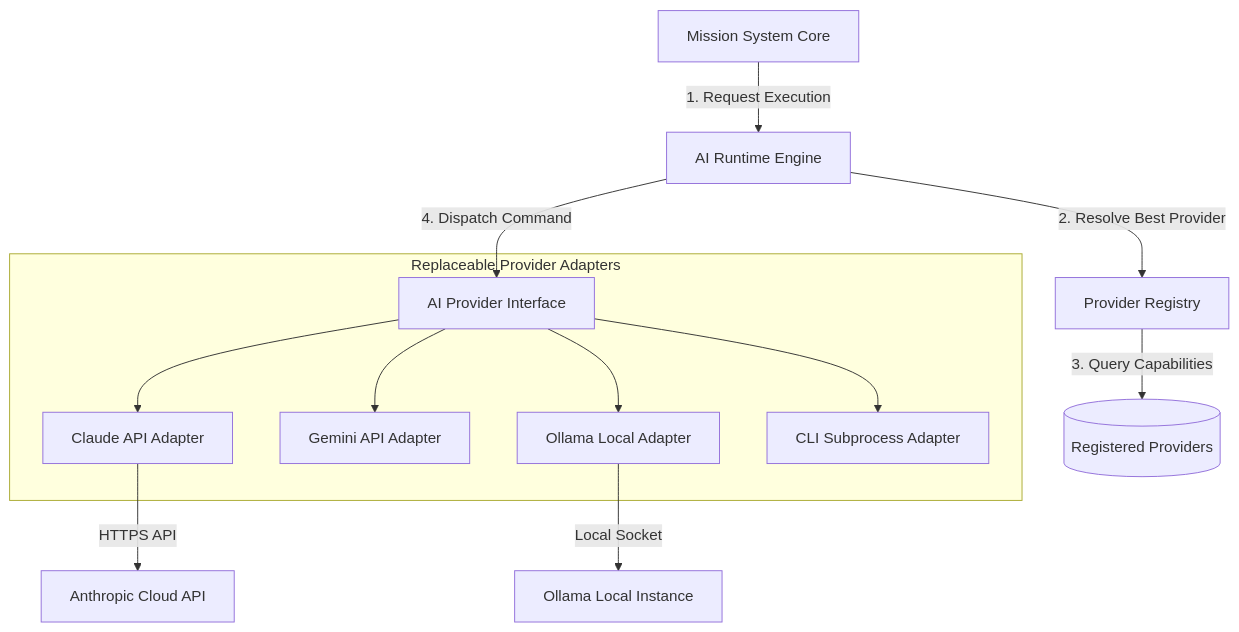
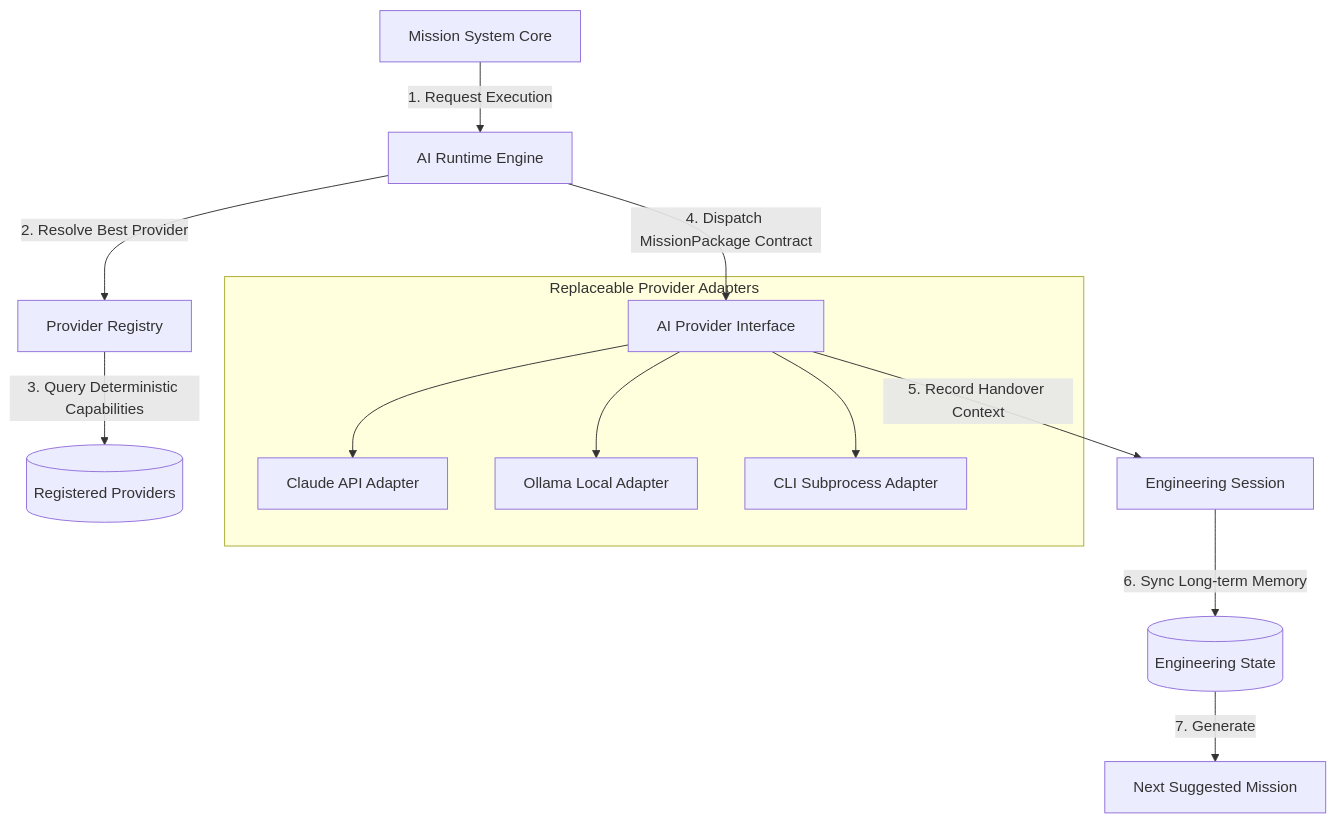
One commit to adityabriananto/flowforge changed the first of 2 diagrams in docs/rfcs/RFC-013.md. Above: the diagram before and after it, drawn with Mermaid. The commit also changed other lines of this file and 2 other files, not shown here.

Commit message:
feat: refine AI Runtime Architecture (FF-018.0) - release refined RFC-013, ADR-013, sequence diagrams, interface drafts, and update STATUS.md

````diff
--- a/docs/rfcs/RFC-013.md
+++ b/docs/rfcs/RFC-013.md
@@ -11,17 +32,17 @@
 ```mermaid
 graph TD
     MissionSystem[Mission System Core] -->|1. Request Execution| RuntimeEngine[AI Runtime Engine]
     RuntimeEngine -->|2. Resolve Best Provider| ProviderRegistry[Provider Registry]
-    ProviderRegistry -->|3. Query Capabilities| AIProviderTable[(Registered Providers)]
-    RuntimeEngine -->|4. Dispatch Command| AIProvider[AI Provider Interface]
+    ProviderRegistry -->|3. Query Deterministic Capabilities| AIProviderTable[(Registered Providers)]
+    RuntimeEngine -->|4. Dispatch MissionPackage Contract| AIProvider[AI Provider Interface]
     
     subgraph Adapters [Replaceable Provider Adapters]
         AIProvider --> ClaudeAdapter[Claude API Adapter]
-        AIProvider --> GeminiAdapter[Gemini API Adapter]
         AIProvider --> OllamaAdapter[Ollama Local Adapter]
         AIProvider --> CLIAdapter[CLI Subprocess Adapter]
     end
     
-    OllamaAdapter -->|Local Socket| OllamaEngine[Ollama Local Instance]
-    ClaudeAdapter -->|HTTPS API| Anthropic[Anthropic Cloud API]
+    AIProvider -->|5. Record Handover Context| EngineeringSession[Engineering Session]
+    EngineeringSession -->|6. Sync Long-term Memory| EngineeringState[(Engineering State)]
+    EngineeringState -->|7. Generate| NextMission[Next Suggested Mission]
 ```
````
